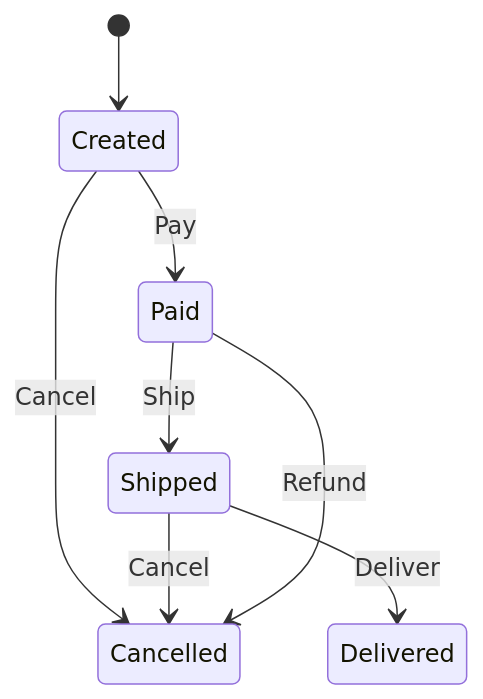
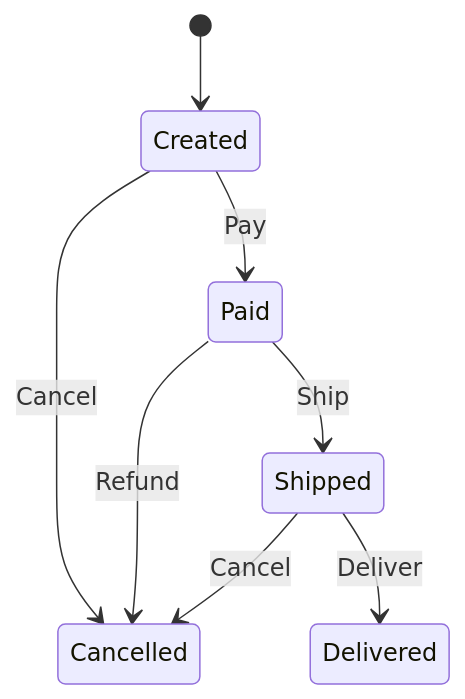
The diagram in examples/docs/order_state_machine.mermaid (kookyleo/yasm), drawn with Mermaid before and after one commit. The commit also changed other lines of this file and 6 other files, not shown here.

```diff
--- a/examples/docs/order_state_machine.mermaid
+++ b/examples/docs/order_state_machine.mermaid
@@ -1,8 +1,8 @@
 stateDiagram-v2
     [*] --> Created
+    Paid --> Shipped : Ship
+    Created --> Paid : Pay
     Created --> Cancelled : Cancel
+    Paid --> Cancelled : Refund
+    Shipped --> Cancelled : Cancel
     Shipped --> Delivered : Deliver
-    Paid --> Shipped : Ship
-    Shipped --> Cancelled : Cancel
-    Paid --> Cancelled : Refund
-    Created --> Paid : Pay
```
